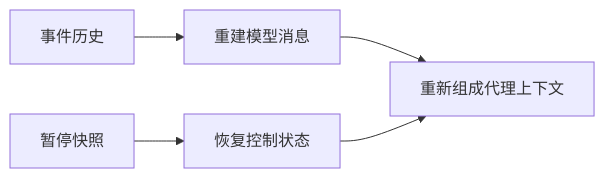
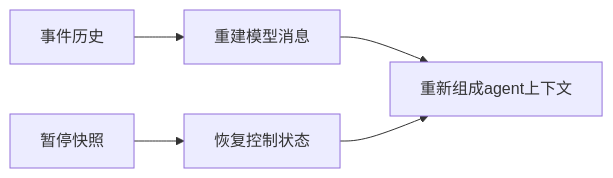
One commit to Arthur999459up/GitAgent changed the tenth of 10 diagrams in docs/01-agent-loop-and-architecture.md. Above: the diagram before and after it, drawn with Mermaid. The commit also changed other lines of this file and 15 other files, not shown here.

````diff
--- a/docs/01-agent-loop-and-architecture.md
+++ b/docs/01-agent-loop-and-architecture.md
@@ -405,7 +406,7 @@
 ```mermaid
 flowchart LR
     A[事件历史] --> C[重建模型消息]
     B[暂停快照] --> D[恢复控制状态]
-    C --> E[重新组成代理上下文]
+    C --> E[重新组成agent上下文]
     D --> E
 ```
````
